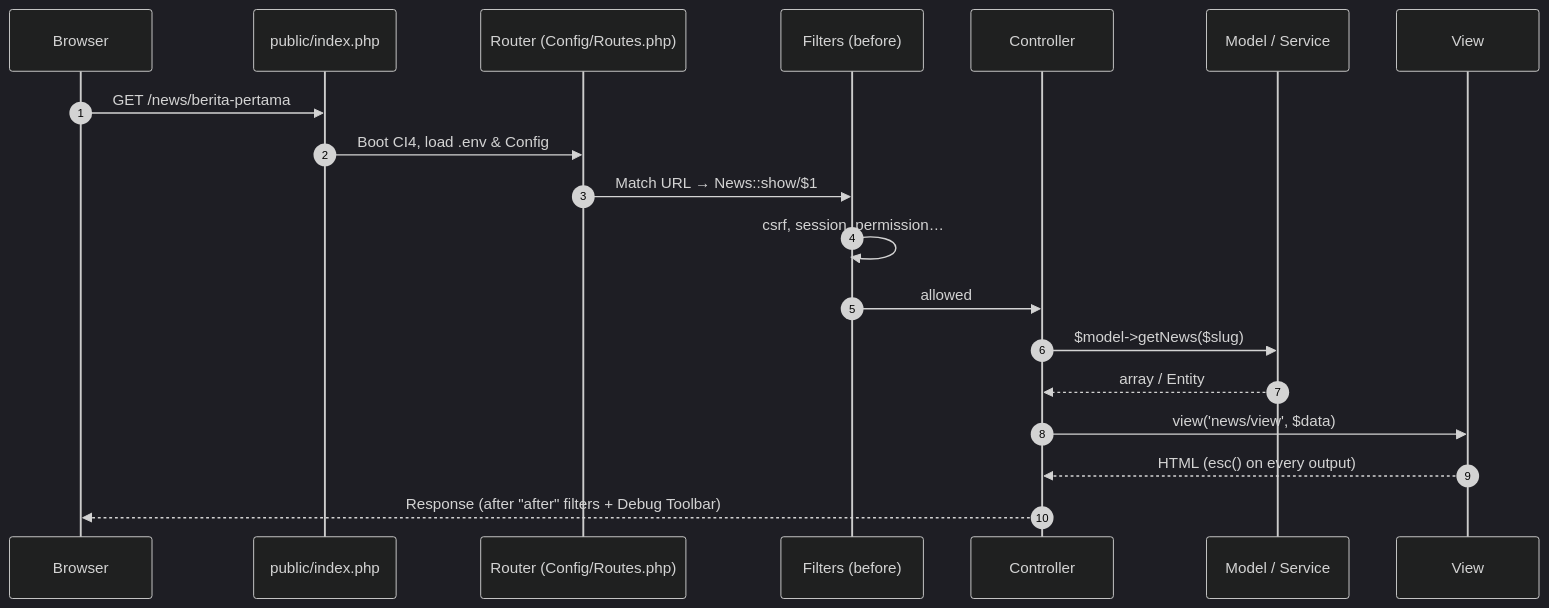
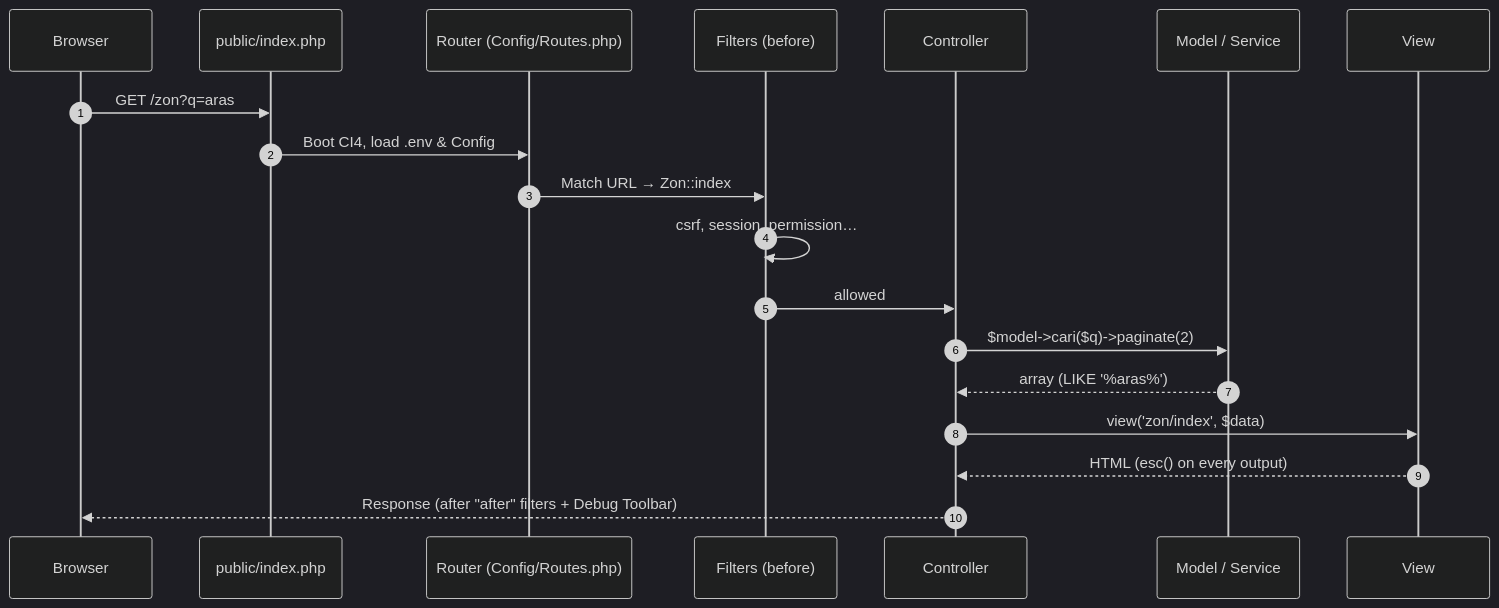
Before and after one commit to habibtalib/coach-codeigniter-10-hari-kkm-peserta: the first of 4 diagrams in hari-4/README.en.md, drawn with Mermaid (dark theme). The commit also changed other lines of this file and 73 other files, not shown here.

````diff
--- a/hari-4/README.en.md
+++ b/hari-4/README.en.md
@@ -73,21 +76,21 @@
 ```mermaid
 sequenceDiagram
     autonumber
     participant B as Browser
     participant I as public/index.php
     participant R as Router (Config/Routes.php)
     participant F as Filters (before)
     participant C as Controller
     participant M as Model / Service
     participant V as View
-    B->>I: GET /news/berita-pertama
+    B->>I: GET /zon?q=aras
     I->>R: Boot CI4, load .env & Config
-    R->>F: Match URL → News::show/$1
+    R->>F: Match URL → Zon::index
     F->>F: csrf, session, permission…
     F->>C: allowed
-    C->>M: $model->getNews($slug)
-    M-->>C: array / Entity
-    C->>V: view('news/view', $data)
+    C->>M: $model->cari($q)->paginate(2)
+    M-->>C: array (LIKE '%aras%')
+    C->>V: view('zon/index', $data)
     V-->>C: HTML (esc() on every output)
     C-->>B: Response (after "after" filters + Debug Toolbar)
 ```
````
